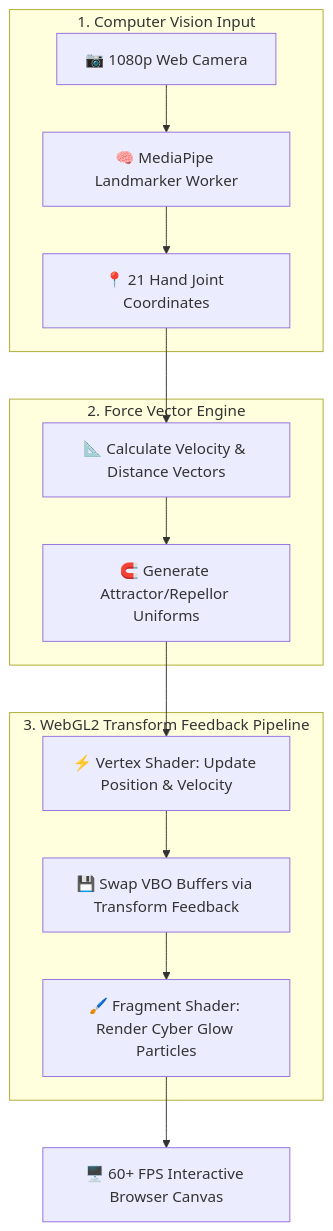
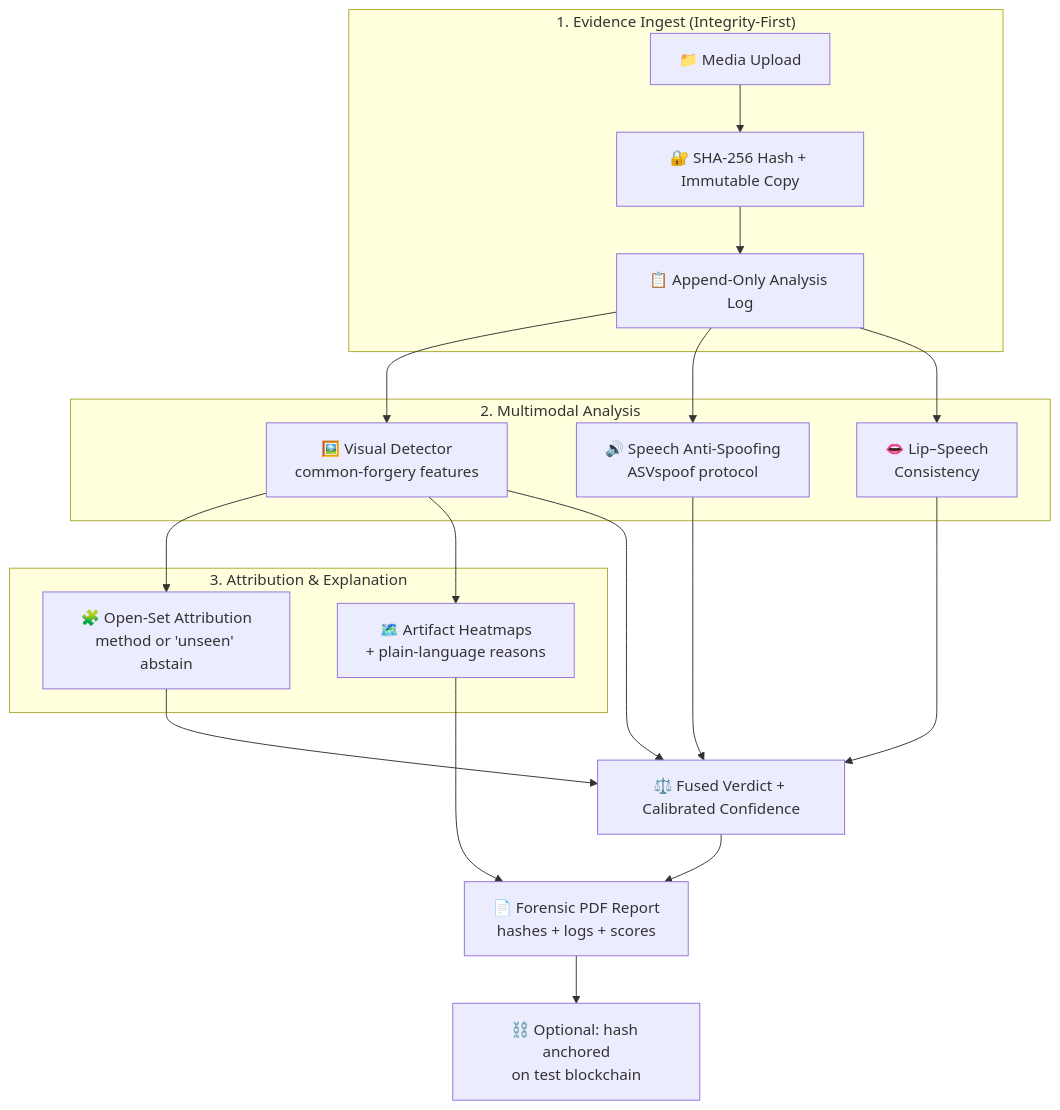
The first of 2 diagrams in README.md (SyedAynan/DeepWatch), drawn with Mermaid before and after one commit. The commit also changed other lines of this file and 6 other files, not shown here.

````diff
--- a/README.md
+++ b/README.md
@@ -73,20 +76,24 @@
 ```mermaid
 flowchart TD
-    subgraph Capture ["1. Computer Vision Input"]
-        A[📷 1080p Web Camera] --> B[🧠 MediaPipe Landmarker Worker]
-        B --> C[📍 21 Hand Joint Coordinates]
+    subgraph Ingest ["1. Evidence Ingest (Integrity-First)"]
+        A[📁 Media Upload] --> B[🔐 SHA-256 Hash + Immutable Copy]
+        B --> C[📋 Append-Only Analysis Log]
     end
 
-    subgraph Math ["2. Force Vector Engine"]
-        C --> D[📐 Calculate Velocity & Distance Vectors]
-        D --> E[🧲 Generate Attractor/Repellor Uniforms]
+    subgraph Analysis ["2. Multimodal Analysis"]
+        C --> D[🖼️ Visual Detector<br/>common-forgery features]
+        C --> E[🔊 Speech Anti-Spoofing<br/>ASVspoof protocol]
+        C --> F[👄 Lip–Speech<br/>Consistency]
     end
 
-    subgraph GPU ["3. WebGL2 Transform Feedback Pipeline"]
-        E --> F[⚡ Vertex Shader: Update Position & Velocity]
-        F --> G[💾 Swap VBO Buffers via Transform Feedback]
-        G --> H[🖌️ Fragment Shader: Render Cyber Glow Particles]
+    subgraph Reason ["3. Attribution & Explanation"]
+        D --> G[🧩 Open-Set Attribution<br/>method or 'unseen' abstain]
+        D --> H[🗺️ Artifact Heatmaps<br/>+ plain-language reasons]
     end
 
-    H --> I[🖥️ 60+ FPS Interactive Browser Canvas]
+    D & E & F --> I[⚖️ Fused Verdict + Calibrated Confidence]
+    G --> I
+    I --> J[📄 Forensic PDF Report<br/>hashes + logs + scores]
+    H --> J
+    J --> K[⛓️ Optional: hash anchored<br/>on test blockchain]
 ```
````
